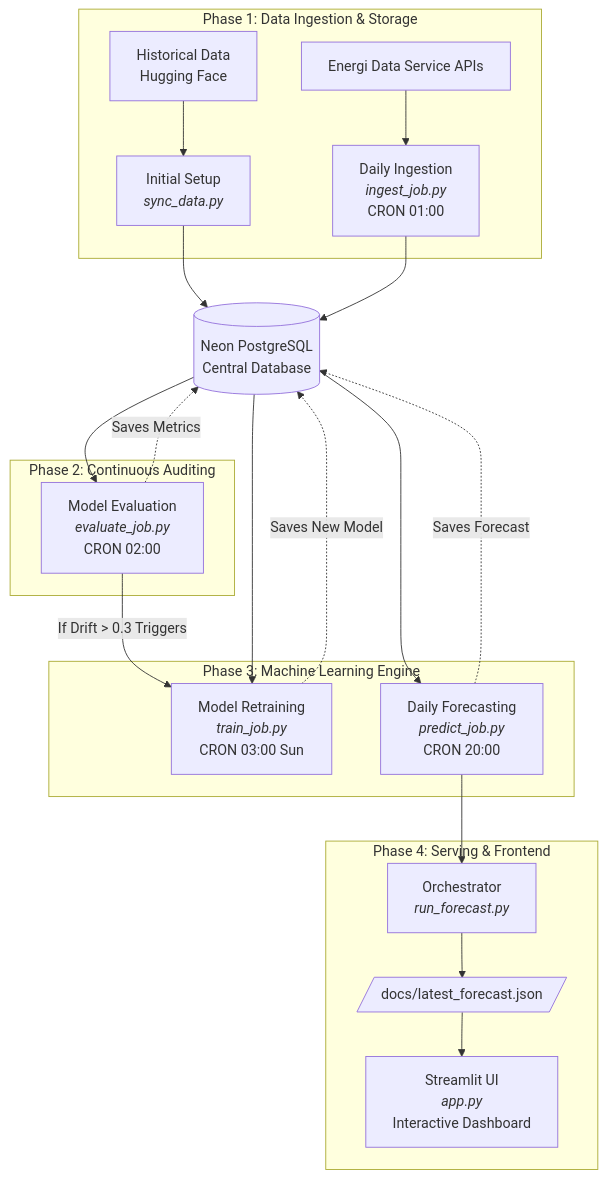
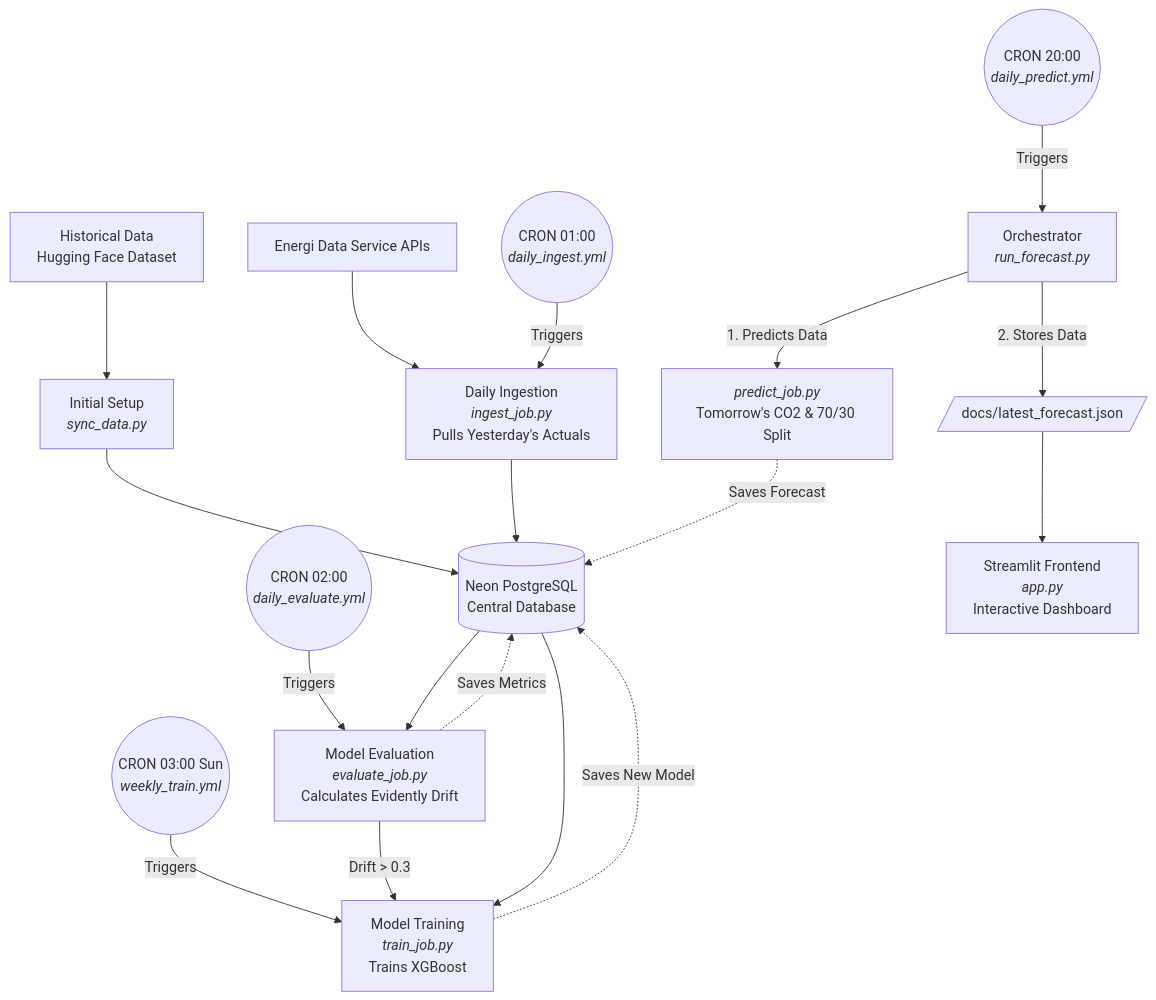
One commit to xprafulx/gridwise-guardian changed the diagram in README.md. Above: the diagram before and after it, drawn with Mermaid.

````diff
--- a/README.md
+++ b/README.md
@@ -35,40 +35,32 @@
 ```mermaid
 flowchart TD
-    %% 1. Data Operations Phase
-    subgraph DataOps [Phase 1: Data Ingestion & Storage]
-        HF[Historical Data<br/>Hugging Face] --> Sync[Initial Setup<br/><i>sync_data.py</i>]
-        API[Energi Data Service APIs] --> Ingest[Daily Ingestion<br/><i>ingest_job.py</i><br/>CRON 01:00]
-    end
+    %% External Data Sources
+    HF[Historical Data<br/>Hugging Face Dataset] --> Sync
+    API[Energi Data Service APIs] --> Ingest
 
-    DB[(Neon PostgreSQL<br/>Central Database)]
-    Sync --> DB
-    Ingest --> DB
+    %% Initial Setup
+    Sync[Initial Setup<br/><i>sync_data.py</i>] --> DB[(Neon PostgreSQL<br/>Central Database)]
 
-    %% 2. Evaluation Phase
-    subgraph EvalOps [Phase 2: Continuous Auditing]
-        Eval[Model Evaluation<br/><i>evaluate_job.py</i><br/>CRON 02:00]
-    end
-    
-    DB --> Eval
+    %% 1. Ingestion Job
+    CRON1((CRON 01:00<br/><i>daily_ingest.yml</i>)) -->|Triggers| Ingest
+    Ingest[Daily Ingestion<br/><i>ingest_job.py</i><br/>Pulls Yesterday's Actuals] --> DB
+
+    %% 2. Evaluation Job
+    CRON2((CRON 02:00<br/><i>daily_evaluate.yml</i>)) -->|Triggers| Eval
+    DB --> Eval[Model Evaluation<br/><i>evaluate_job.py</i><br/>Calculates Evidently Drift]
     Eval -. Saves Metrics .-> DB
 
-    %% 3. Machine Learning Phase
-    subgraph MLOps [Phase 3: Machine Learning Engine]
-        Train[Model Retraining<br/><i>train_job.py</i><br/>CRON 03:00 Sun]
-        Predict[Daily Forecasting<br/><i>predict_job.py</i><br/>CRON 20:00]
-    end
+    %% 3. Training Job
+    CRON3((CRON 03:00 Sun<br/><i>weekly_train.yml</i>)) -->|Triggers| Train
+    Eval -->|Drift > 0.3| Train
+    DB --> Train[Model Training<br/><i>train_job.py</i><br/>Trains XGBoost]
+    Train -. Saves New Model .-> DB
 
-    Eval -->|If Drift > 0.3 Triggers| Train
-    DB --> Train
-    Train -. Saves New Model .-> DB
+    %% 4. Prediction Job & Export (The Orchestrator)
+    CRON4((CRON 20:00<br/><i>daily_predict.yml</i>)) -->|Triggers| RunForecast
+    RunForecast[Orchestrator<br/><i>run_forecast.py</i>] -->|1. Predicts Data| Predict
+    Predict[<i>predict_job.py</i><br/>Tomorrow's CO2 & 70/30 Split] -. Saves Forecast .-> DB
+    RunForecast -->|2. Stores Data| JSON[/docs/latest_forecast.json/]
     
-    DB --> Predict
-    Predict -. Saves Forecast .-> DB
-
-    %% 4. Serving Phase
-    subgraph Serving [Phase 4: Serving & Frontend]
-        Predict --> Export[Orchestrator<br/><i>run_forecast.py</i>]
-        Export --> JSON[/docs/latest_forecast.json/]
-        JSON --> UI[Streamlit UI<br/><i>app.py</i><br/>Interactive Dashboard]
-    end
+    JSON --> UI[Streamlit Frontend<br/><i>app.py</i><br/>Interactive Dashboard]
 ```
````
